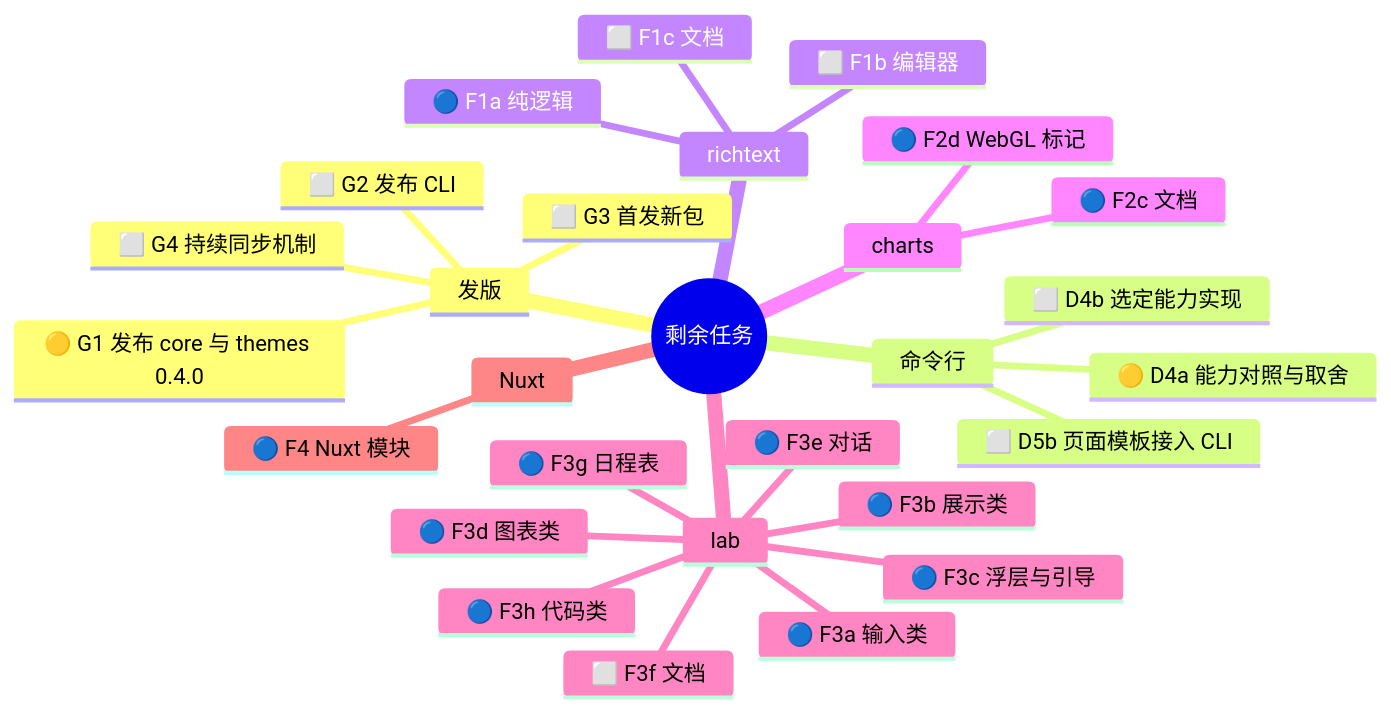
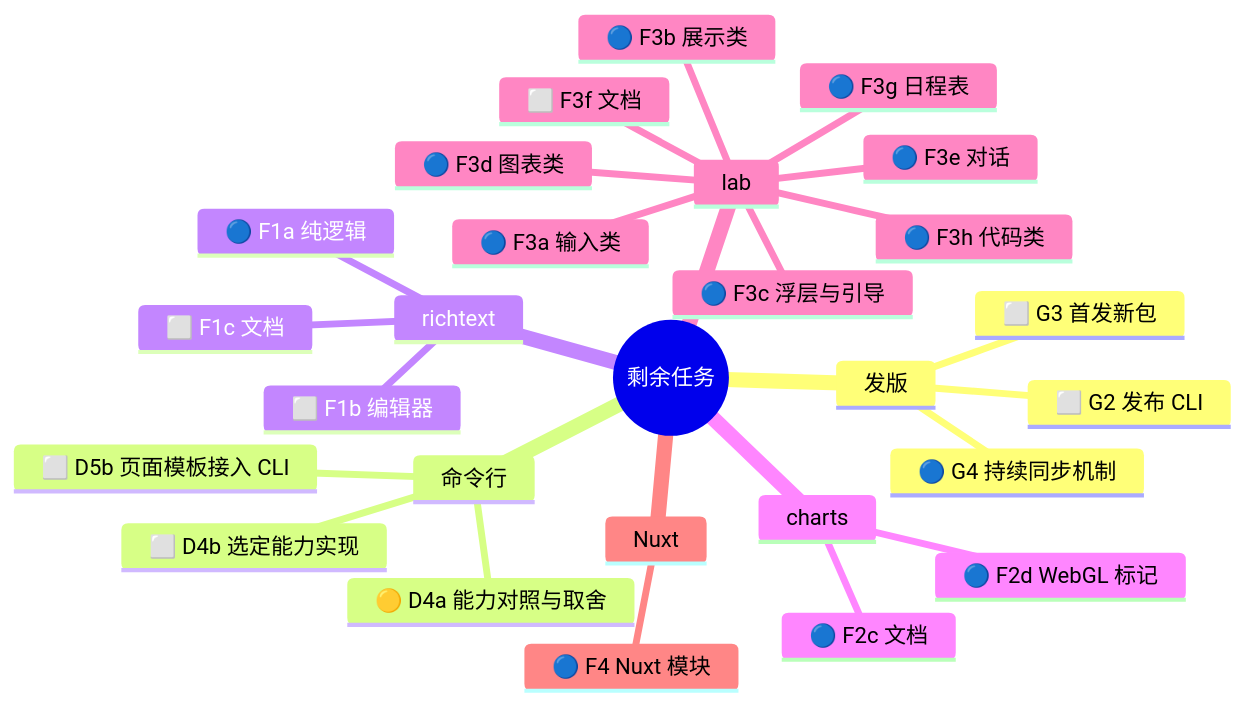
Before and after one commit to astryx-vue/astryx-vue: the diagram in .agents-work/upstream-sync-0.7.1/PR-NEXT-BODY.md, drawn with Mermaid. The commit also changed other lines of this file and 2 other files, not shown here.

````diff
--- a/.agents-work/upstream-sync-0.7.1/PR-NEXT-BODY.md
+++ b/.agents-work/upstream-sync-0.7.1/PR-NEXT-BODY.md
@@ -22,31 +21,30 @@
 ```mermaid
 mindmap
   root((剩余任务))
     发版
-      🟡 G1 发布 core 与 themes 0.4.0
       ⬜ G2 发布 CLI
       ⬜ G3 首发新包
-      ⬜ G4 持续同步机制
+      🔵 G4 持续同步机制
     命令行
       🟡 D4a 能力对照与取舍
       ⬜ D4b 选定能力实现
       ⬜ D5b 页面模板接入 CLI
     richtext
       🔵 F1a 纯逻辑
       ⬜ F1b 编辑器
       ⬜ F1c 文档
     charts
       🔵 F2c 文档
       🔵 F2d WebGL 标记
     lab
       🔵 F3a 输入类
       🔵 F3b 展示类
       🔵 F3c 浮层与引导
       🔵 F3d 图表类
       🔵 F3e 对话
       🔵 F3g 日程表
       🔵 F3h 代码类
       ⬜ F3f 文档
     Nuxt
       🔵 F4 Nuxt 模块
 ```
````
